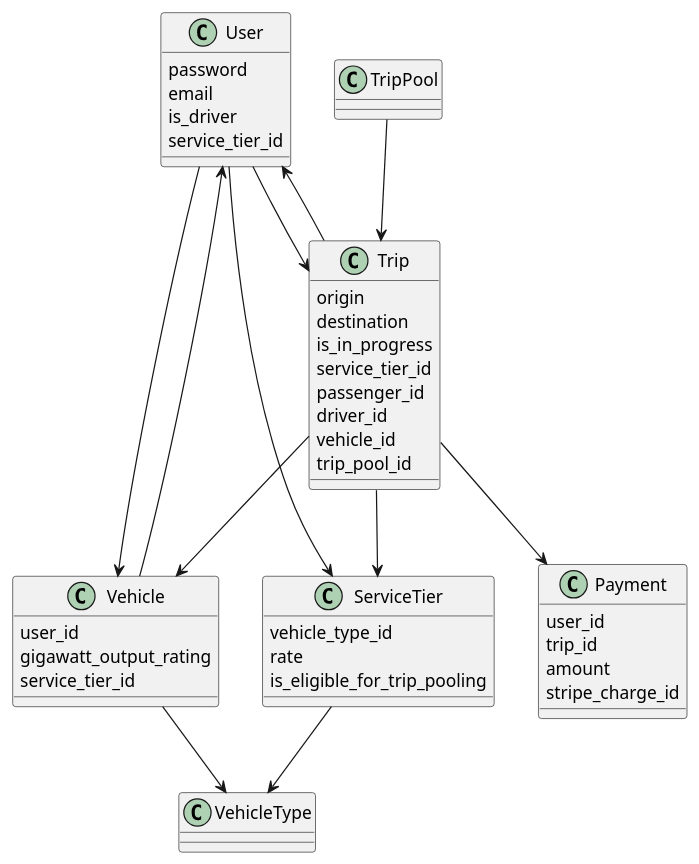
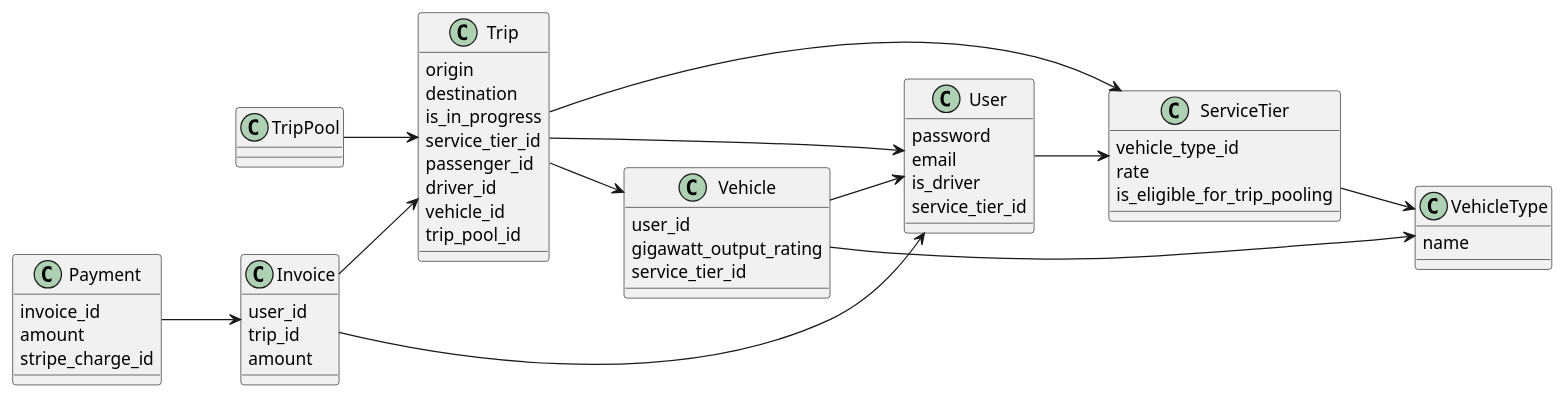
The diagram in diagrams/3-delorean-pool.plantuml (andrewhao/dddrail-talk), drawn with PlantUML before and after one commit. The commit also changed 8 other files, not shown here.

Commit message:
Adding updated diagrams to sync with code.

```diff
--- a/diagrams/3-delorean-pool.plantuml
+++ b/diagrams/3-delorean-pool.plantuml
@@ -1,60 +1,66 @@
 @startuml
+left to right direction
 skinparam shadowing false
 
 class User {
   password
   email
   is_driver
   service_tier_id
 }
 
 class Trip {
   origin
   destination
   is_in_progress
   service_tier_id
   passenger_id
   driver_id
   vehicle_id
   trip_pool_id
 }
 
-class Vehicle {
+class Invoice {
   user_id
-  gigawatt_output_rating
-  service_tier_id
+  trip_id
+  amount
 }
 
 class Payment {
-  user_id
-  trip_id
+  invoice_id
   amount
   stripe_charge_id
 }
 
 class ServiceTier {
   vehicle_type_id
   rate
   is_eligible_for_trip_pooling
 }
 
+class Vehicle {
+  user_id
+  gigawatt_output_rating
+  service_tier_id
+}
+
 class VehicleType {
+  name
 }
 
 class TripPool {
 }
 
-User --> Trip
 Trip --> User
-Trip --> Payment
 Trip --> ServiceTier
 Trip --> Vehicle
+Vehicle --> User
+Invoice --> User
+Invoice --> Trip
+Payment --> Invoice
 ServiceTier --> VehicleType
 Vehicle --> VehicleType
-Vehicle --> User
 User --> ServiceTier
 TripPool --> Trip
-User --> Vehicle
-
 
 @enduml
```
